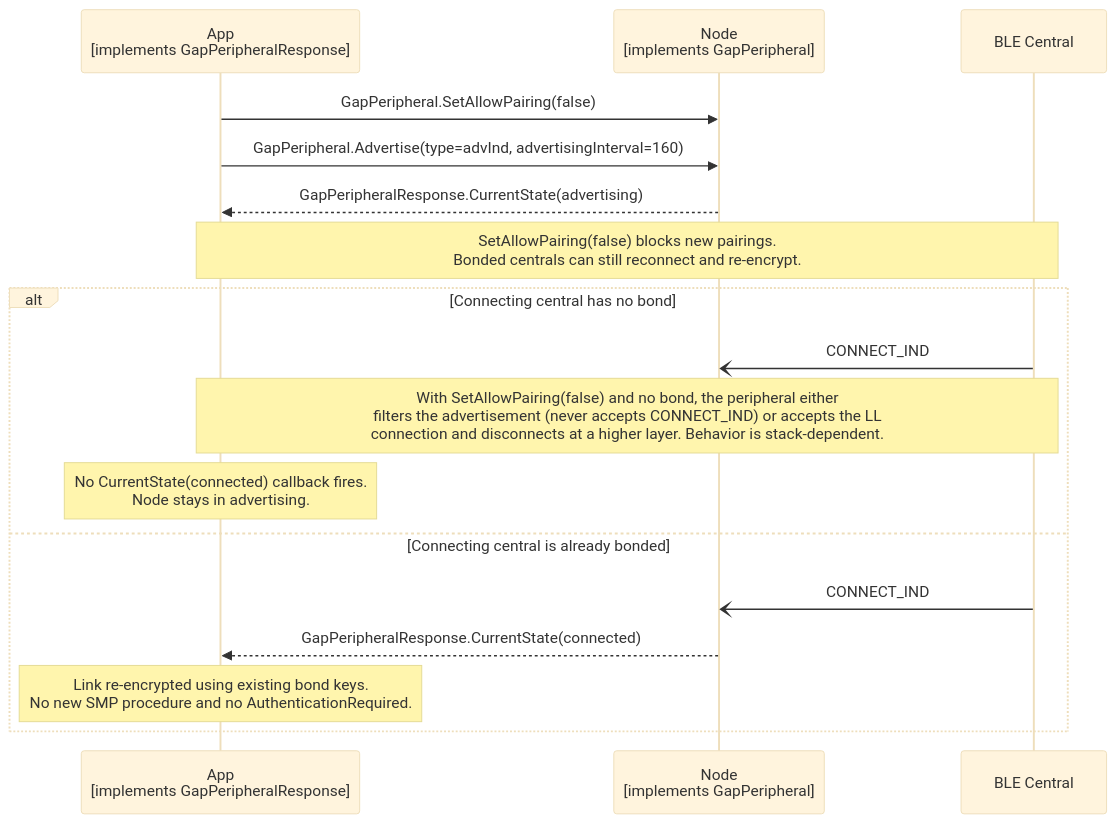
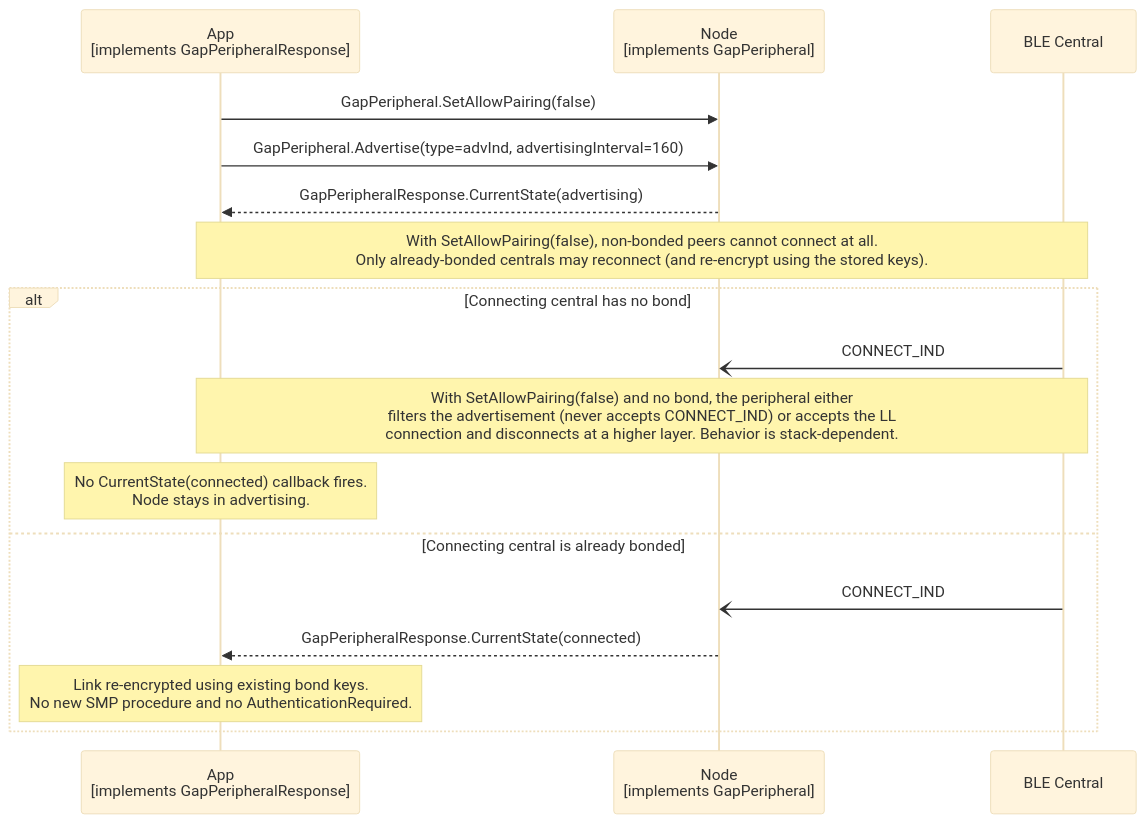
The diagram in documents/modules/ROOT/partials/echoservices/gap_peripheral/GapPeripheral_AllowPairingRejection_sequence.mmd (philips-software/amp-embedded-infra-lib), drawn with Mermaid (base theme) before and after one commit.

Commit message:
better phrasing for set allow pairing

```diff
--- a/documents/modules/ROOT/partials/echoservices/gap_peripheral/GapPeripheral_AllowPairingRejection_sequence.mmd
+++ b/documents/modules/ROOT/partials/echoservices/gap_peripheral/GapPeripheral_AllowPairingRejection_sequence.mmd
@@ -1,20 +1,20 @@
 sequenceDiagram
     participant App as App<br>[implements GapPeripheralResponse]
     participant Node as Node<br>[implements GapPeripheral]
     participant Central as BLE Central
 
     App->>Node: GapPeripheral.SetAllowPairing(false)
     App->>Node: GapPeripheral.Advertise(type=advInd, advertisingInterval=160)
     Node-->>App: GapPeripheralResponse.CurrentState(advertising)
 
-    Note over App, Central: SetAllowPairing(false) blocks new pairings.<br>Bonded centrals can still reconnect and re-encrypt.
+    Note over App, Central: With SetAllowPairing(false), non-bonded peers cannot connect at all.<br>Only already-bonded centrals may reconnect (and re-encrypt using the stored keys).
 
     alt Connecting central has no bond
         Central-)Node: CONNECT_IND
         Note over App, Central: With SetAllowPairing(false) and no bond, the peripheral either<br>filters the advertisement (never accepts CONNECT_IND) or accepts the LL<br>connection and disconnects at a higher layer. Behavior is stack-dependent.
         Note over App: No CurrentState(connected) callback fires.<br>Node stays in advertising.
     else Connecting central is already bonded
         Central-)Node: CONNECT_IND
         Node-->>App: GapPeripheralResponse.CurrentState(connected)
         Note over App: Link re-encrypted using existing bond keys.<br>No new SMP procedure and no AuthenticationRequired.
     end
```
